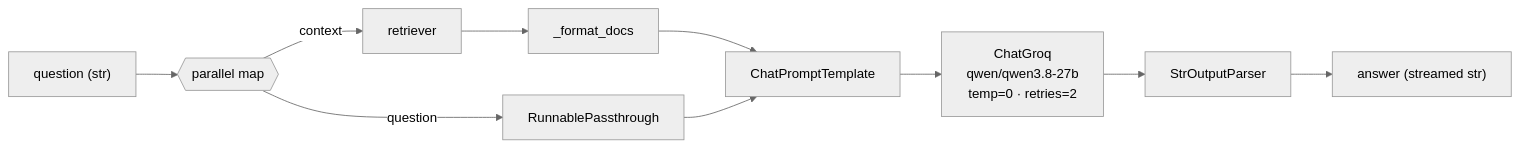
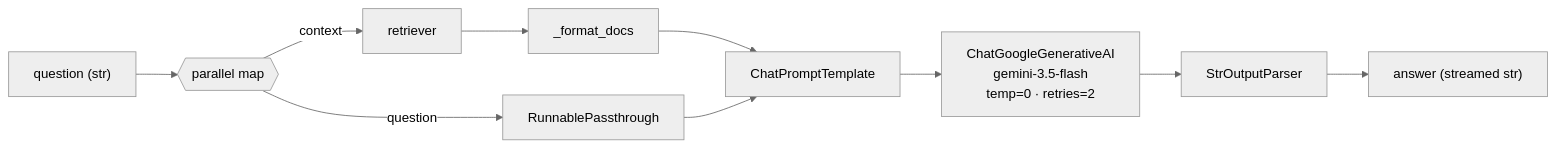
Before and after one commit to pavan-dharimireddy/RAG_Telecom_chat_bot: the sixth of 8 diagrams in architecture.md, drawn with Mermaid (neutral theme). The commit also changed other lines of this file and 9 other files, not shown here.

````diff
--- a/architecture.md
+++ b/architecture.md
@@ -209,10 +209,10 @@
 ```mermaid
 flowchart LR
     Q["question (str)"] --> SPLIT{{"parallel map"}}
     SPLIT -->|context| RET["retriever"] --> FMT["_format_docs"]
     SPLIT -->|question| PASS["RunnablePassthrough"]
     FMT --> P["ChatPromptTemplate"]
     PASS --> P
-    P --> LLM["ChatGroq<br/>qwen/qwen3.8-27b<br/>temp=0 · retries=2"]
+    P --> LLM["ChatGoogleGenerativeAI<br/>gemini-3.5-flash<br/>temp=0 · retries=2"]
     LLM --> OUT["StrOutputParser"] --> A["answer (streamed str)"]
 ```
````
